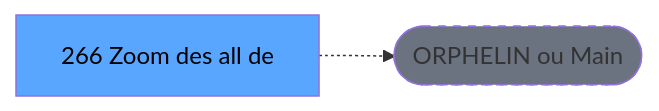
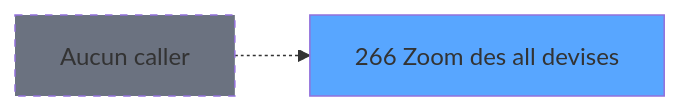
Before and after one commit to thonyAGP/magic-migration: the second of 3 diagrams in .openspec/specs/ADH-IDE-266.md, drawn with Mermaid. The commit also changed other lines of this file and 493 other files, not shown here.

````diff
--- a/.openspec/specs/ADH-IDE-266.md
+++ b/.openspec/specs/ADH-IDE-266.md
@@ -121,8 +174,8 @@
 ```mermaid
 graph LR
-    T[266 Zoom des all de]
-    ORPHAN([ORPHELIN ou Main])
-    T -.-> ORPHAN
-    style T fill:#58a6ff,color:#000
-    style ORPHAN fill:#6b7280,stroke-dasharray: 5 5
+    T266[266 Zoom des all devises]
+    style T266 fill:#58a6ff
+    NONE[Aucun caller]
+    NONE -.-> T266
+    style NONE fill:#6b7280,stroke-dasharray: 5 5
 ```
````
